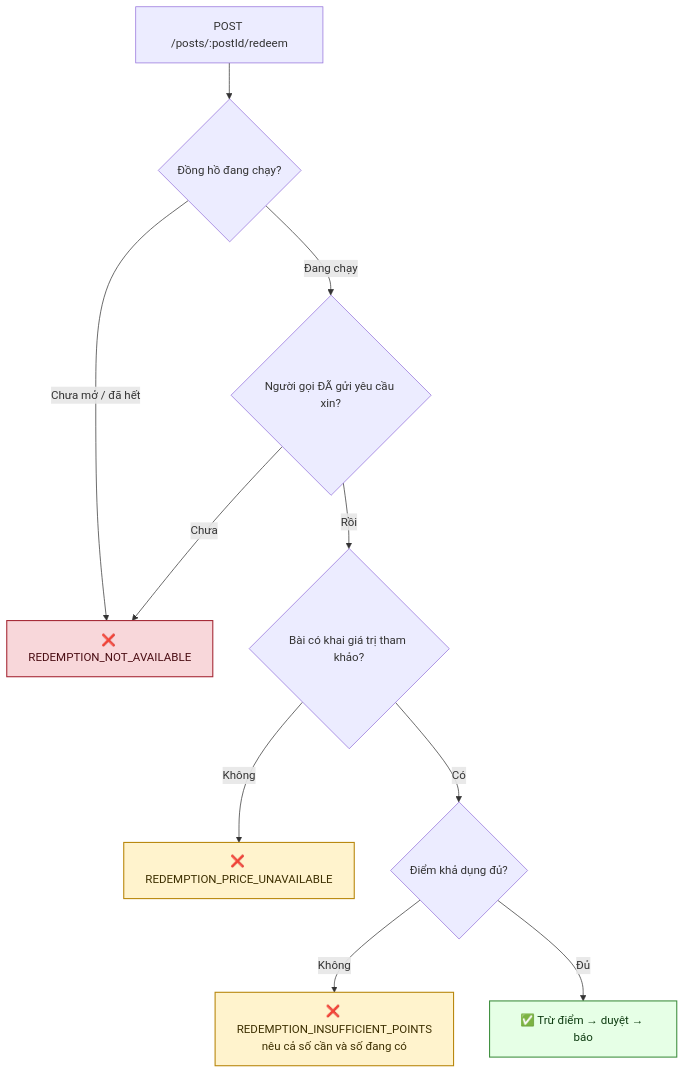
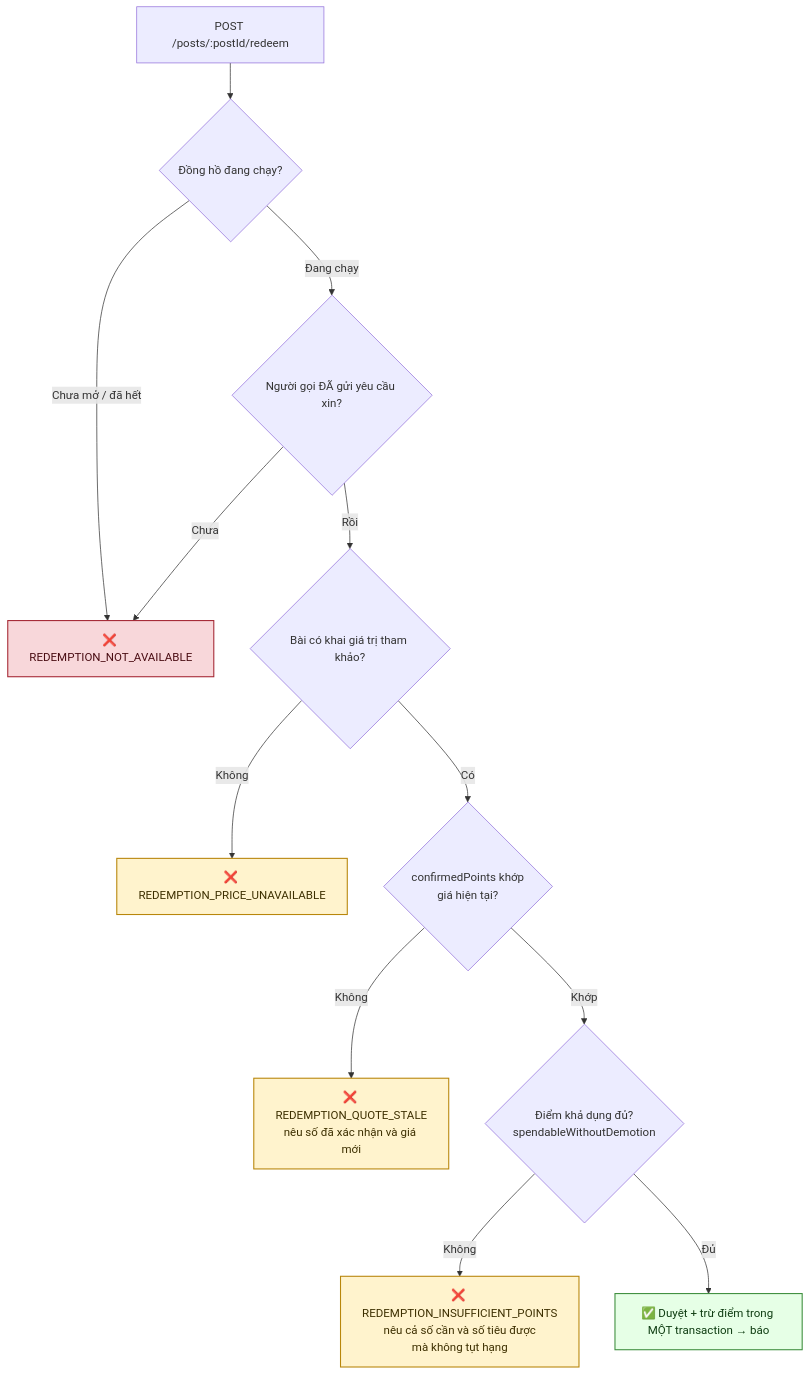
One commit to fdshn/trueheart changed the second of 4 diagrams in docs/diagram/14-redemption.md. Above: the diagram before and after it, drawn with Mermaid. The commit also changed other lines of this file and 49 other files, not shown here.

````diff
--- a/docs/diagram/14-redemption.md
+++ b/docs/diagram/14-redemption.md
@@ -69,17 +69,20 @@
 ```mermaid
 flowchart TD
     A["POST /posts/:postId/redeem"] --> B{Đồng hồ đang chạy?}
     B -->|Chưa mở / đã hết| X1["❌ REDEMPTION_NOT_AVAILABLE"]
     B -->|Đang chạy| C{Người gọi ĐÃ gửi yêu cầu xin?}
     C -->|Chưa| X1
     C -->|Rồi| D{Bài có khai giá trị tham khảo?}
     D -->|Không| X2["❌ REDEMPTION_PRICE_UNAVAILABLE"]
-    D -->|Có| E{Điểm khả dụng đủ?}
-    E -->|Không| X3["❌ REDEMPTION_INSUFFICIENT_POINTS<br/>nêu cả số cần và số đang có"]
-    E -->|Đủ| F["✅ Trừ điểm → duyệt → báo"]
+    D -->|Có| Q{"confirmedPoints khớp<br/>giá hiện tại?"}
+    Q -->|Không| X4["❌ REDEMPTION_QUOTE_STALE<br/>nêu số đã xác nhận và giá mới"]
+    Q -->|Khớp| E{"Điểm khả dụng đủ?<br/>spendableWithoutDemotion"}
+    E -->|Không| X3["❌ REDEMPTION_INSUFFICIENT_POINTS<br/>nêu cả số cần và số tiêu được<br/>mà không tụt hạng"]
+    E -->|Đủ| F["✅ Duyệt + trừ điểm trong MỘT transaction → báo"]
 
     style X1 fill:#f8d7da,stroke:#a52834,stroke-width:1.5px,color:#4a0d13
     style X2 fill:#fff3cd,stroke:#b8860b,stroke-width:1.5px,color:#3d2f00
     style X3 fill:#fff3cd,stroke:#b8860b,stroke-width:1.5px,color:#3d2f00
+    style X4 fill:#fff3cd,stroke:#b8860b,stroke-width:1.5px,color:#3d2f00
     style F fill:#e6ffe6,stroke:#3f8f3f,stroke-width:1.5px,color:#0f3d12
 ```
````
